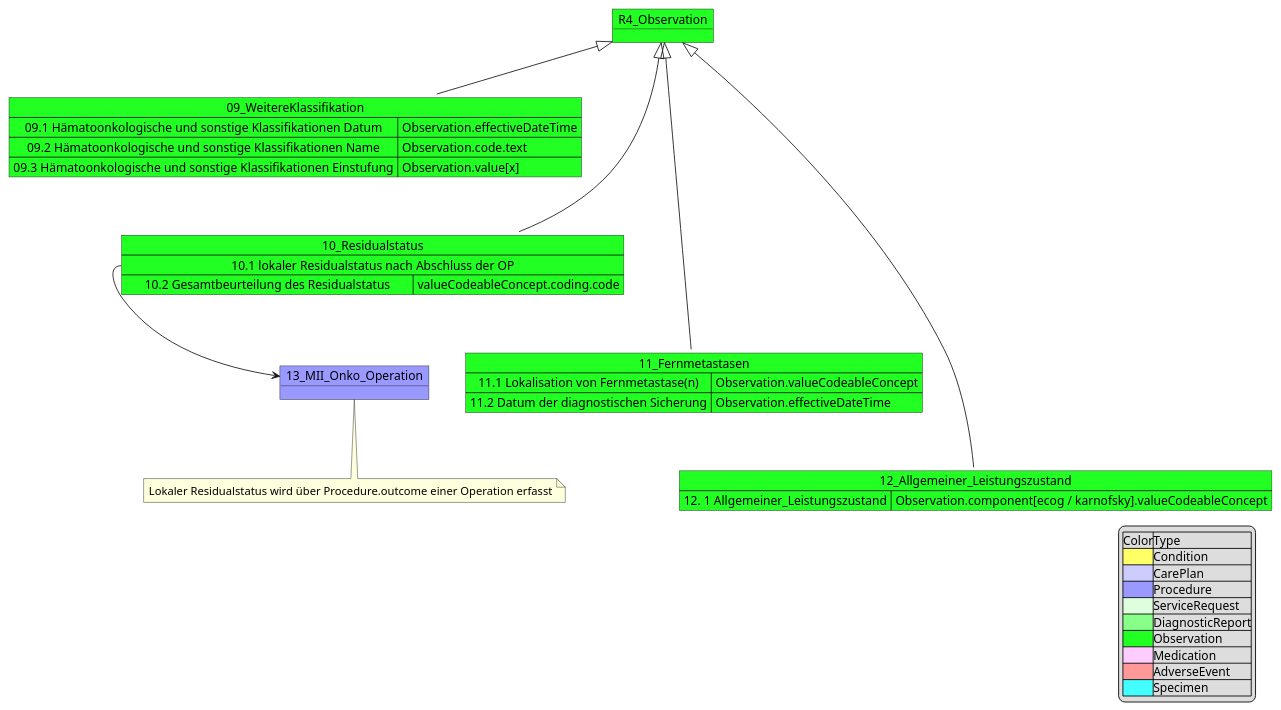
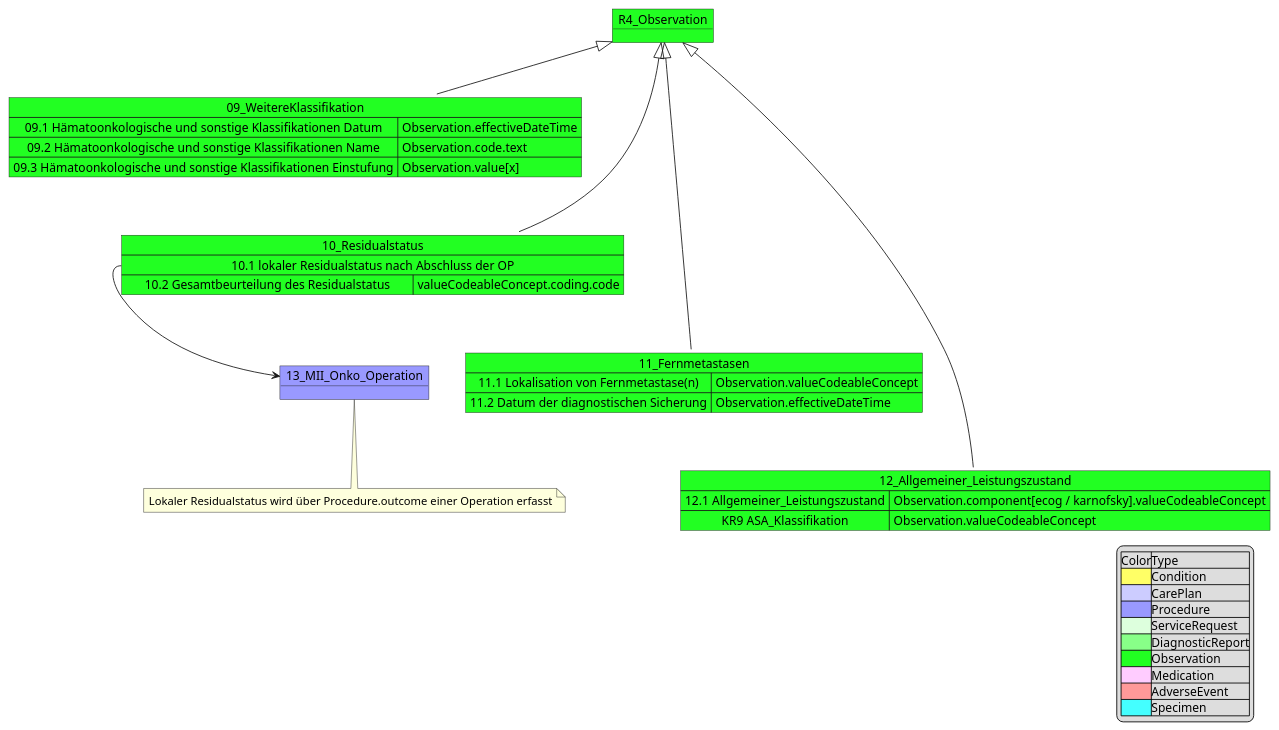
One commit to medizininformatik-initiative/kerndatensatzmodul-onkologie changed the diagram in input/images-source/MII_Onko_9-12_Observations.pu. Above: the diagram before and after it, drawn with PlantUML. The commit also changed 4 other files, not shown here.

First line of the commit message:
feat: Update UML diagrams and add PlantUML auto-rendering workflow

```diff
--- a/input/images-source/MII_Onko_9-12_Observations.pu
+++ b/input/images-source/MII_Onko_9-12_Observations.pu
@@ -1,50 +1,51 @@
 @startuml MII_Onko_9-12_Observations
 object R4_Observation #22FF22
 Map 09_WeitereKlassifikation #22FF22 {
  09.1 Hämatoonkologische und sonstige Klassifikationen Datum => Observation.effectiveDateTime
  09.2 Hämatoonkologische und sonstige Klassifikationen Name => Observation.code.text
  09.3 Hämatoonkologische und sonstige Klassifikationen Einstufung => Observation.value[x]
 } 
 R4_Observation <|-down- 09_WeitereKlassifikation
 
 object 13_MII_Onko_Operation #9999FF
 note bottom 
     Lokaler Residualstatus wird über Procedure.outcome einer Operation erfasst
 end note
 
 Map 10_Residualstatus #22FF22{
     10.1 lokaler Residualstatus nach Abschluss der OP *--> 13_MII_Onko_Operation
     10.2 Gesamtbeurteilung des Residualstatus => valueCodeableConcept.coding.code  
 }
 
 R4_Observation <|-down-- 10_Residualstatus
 
 Map 11_Fernmetastasen #22FF22{
     11.1 Lokalisation von Fernmetastase(n)  => Observation.valueCodeableConcept
     11.2 Datum der diagnostischen Sicherung => Observation.effectiveDateTime
  
 }
 R4_Observation <|-down--- 11_Fernmetastasen
 
 
 Map 12_Allgemeiner_Leistungszustand #22FF22{
-    12. 1 Allgemeiner_Leistungszustand => Observation.component[ecog / karnofsky].valueCodeableConcept
+    12.1 Allgemeiner_Leistungszustand => Observation.component[ecog / karnofsky].valueCodeableConcept
+    KR9 ASA_Klassifikation => Observation.valueCodeableConcept
 
 }
 R4_Observation <|-down---- 12_Allgemeiner_Leistungszustand
 
 legend right 
 |Color|Type|
 |<#FFFF66>|Condition|
 |<#CCCCFF>|CarePlan|
 |<#9999FF>|Procedure|
 |<#DDFFDD>|ServiceRequest|
 |<#88FF88>|DiagnosticReport|
 |<#22FF22>|Observation|
 |<#FFCCFF>|Medication|
 |<#FF9999>|AdverseEvent|
 |<#44FFFF>|Specimen|
 endlegend
 
 
 @enduml
```
